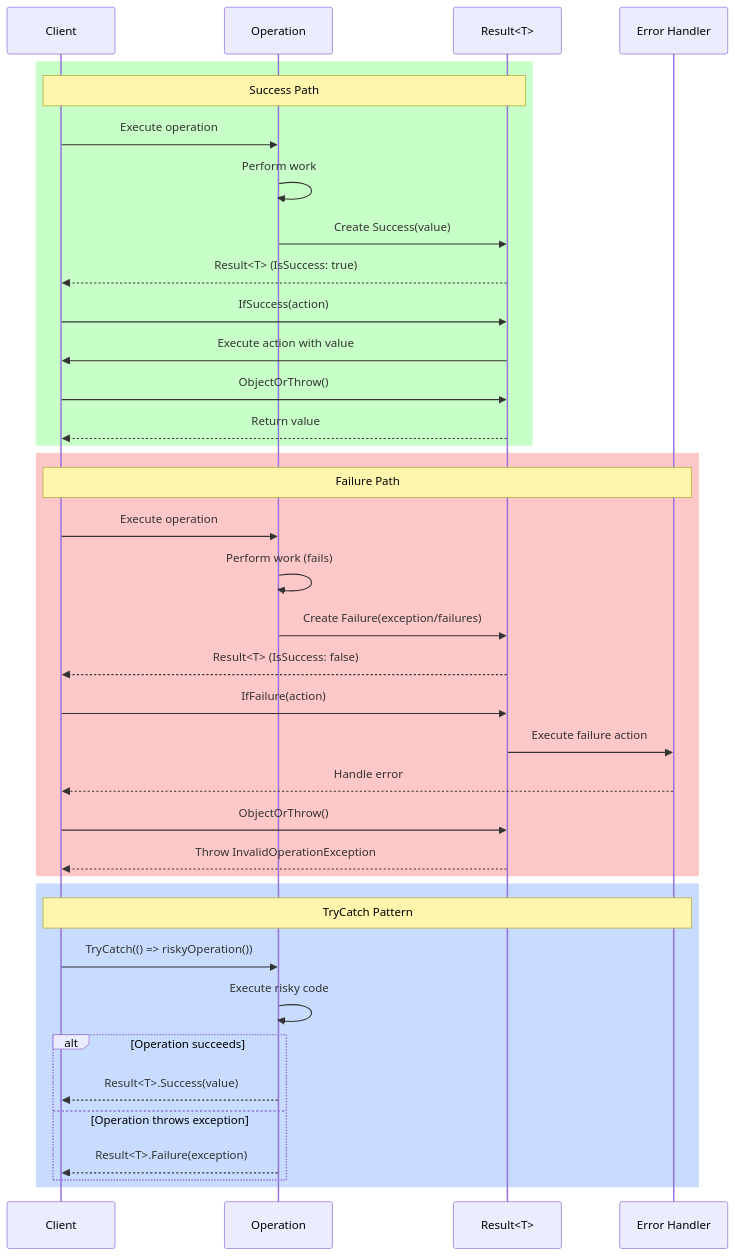
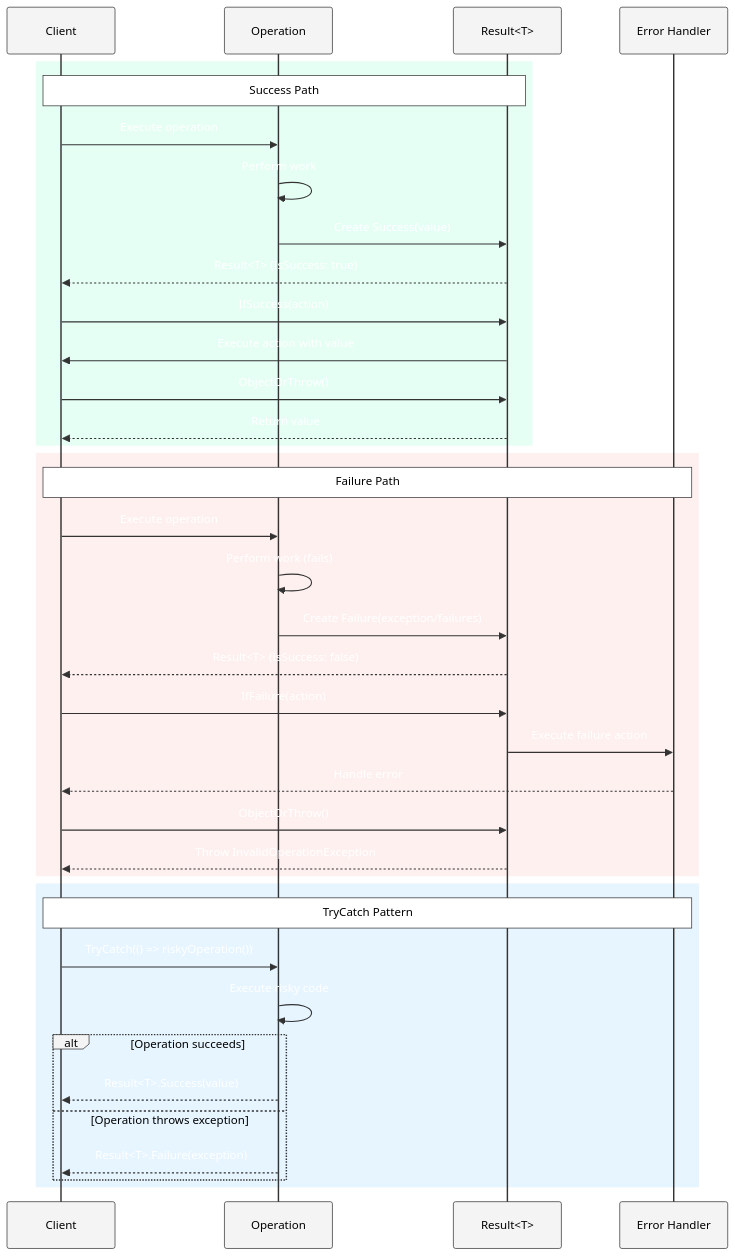
Before and after one commit to FrenchExDev/FrenchExDev.Net: the third of 5 diagrams in CSharp.Object.Result/doc/ARCHITECTURE.md, drawn with Mermaid. The commit also changed other lines of this file and 4 other files, not shown here.

````diff
--- a/CSharp.Object.Result/doc/ARCHITECTURE.md
+++ b/CSharp.Object.Result/doc/ARCHITECTURE.md
@@ -143,44 +143,45 @@
 ```mermaid
+%%{init: {'theme':'base', 'themeVariables': { 'fontFamily':'arial','fontSize':'14px','primaryColor':'#fff','primaryTextColor':'#000','primaryBorderColor':'#333','lineColor':'#333','secondaryColor':'#fff','tertiaryColor':'#fff','noteTextColor':'#000','noteBkgColor':'#fff','noteBorderColor':'#333','actorBkg':'#f4f4f4','actorBorder':'#333','actorTextColor':'#000','actorLineColor':'#333','signalColor':'#333','signalTextColor':'#fff','labelBoxBkgColor':'#f4f4f4','labelBoxBorderColor':'#333','labelTextColor':'#000','loopTextColor':'#000','activationBorderColor':'#333','activationBkgColor':'#e8e8e8','sequenceNumberColor':'#fff','altLabelBkgColor':'#f4f4f4','altLabelBorderColor':'#333'}}}%%
 sequenceDiagram
     participant Client
     participant Operation
     participant Result as Result<T>
     participant Handler as Error Handler
     
-    rect rgb(200, 255, 200)
+    rect rgb(230, 255, 245)
     Note over Client,Result: Success Path
     Client->>Operation: Execute operation
     Operation->>Operation: Perform work
     Operation->>Result: Create Success(value)
     Result-->>Client: Result<T> (IsSuccess: true)
     Client->>Result: IfSuccess(action)
     Result->>Client: Execute action with value
     Client->>Result: ObjectOrThrow()
     Result-->>Client: Return value
     end
     
-    rect rgb(255, 200, 200)
+    rect rgb(255, 240, 240)
     Note over Client,Handler: Failure Path
     Client->>Operation: Execute operation
     Operation->>Operation: Perform work (fails)
     Operation->>Result: Create Failure(exception/failures)
     Result-->>Client: Result<T> (IsSuccess: false)
     Client->>Result: IfFailure(action)
     Result->>Handler: Execute failure action
     Handler-->>Client: Handle error
     Client->>Result: ObjectOrThrow()
     Result-->>Client: Throw InvalidOperationException
     end
     
-    rect rgb(200, 220, 255)
+    rect rgb(230, 245, 255)
     Note over Client,Handler: TryCatch Pattern
     Client->>Operation: TryCatch(() => riskyOperation())
     Operation->>Operation: Execute risky code
     
     alt Operation succeeds
         Operation-->>Client: Result<T>.Success(value)
     else Operation throws exception
         Operation-->>Client: Result<T>.Failure(exception)
     end
     end
 ```
````
